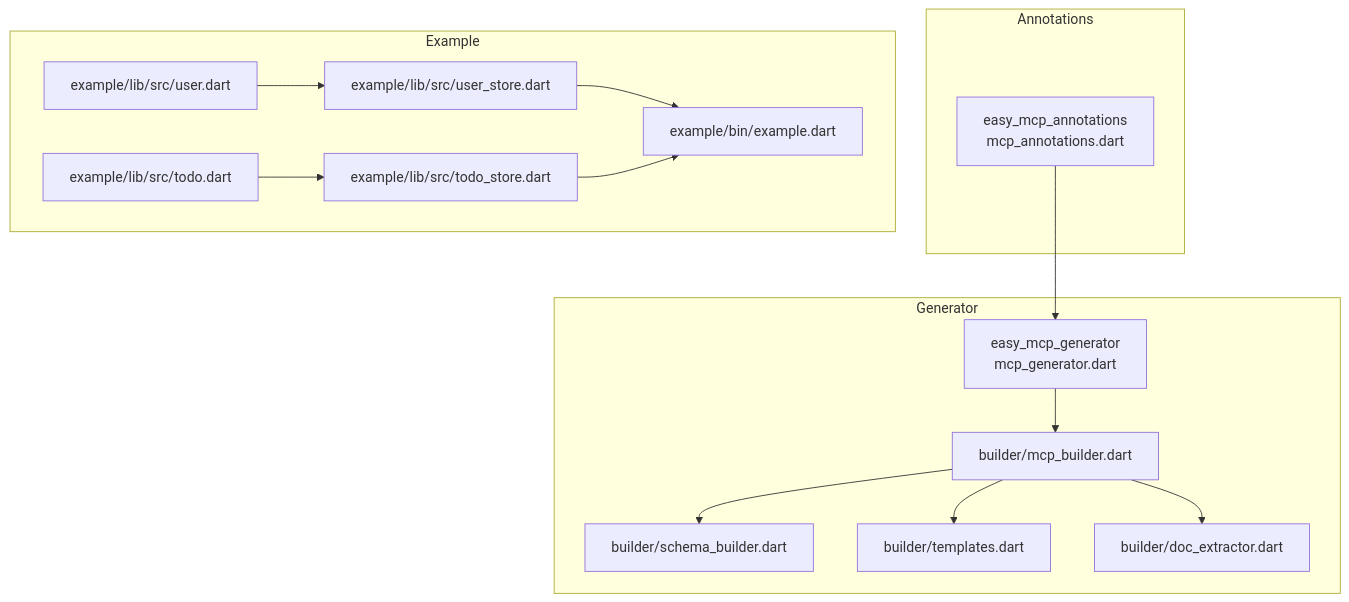
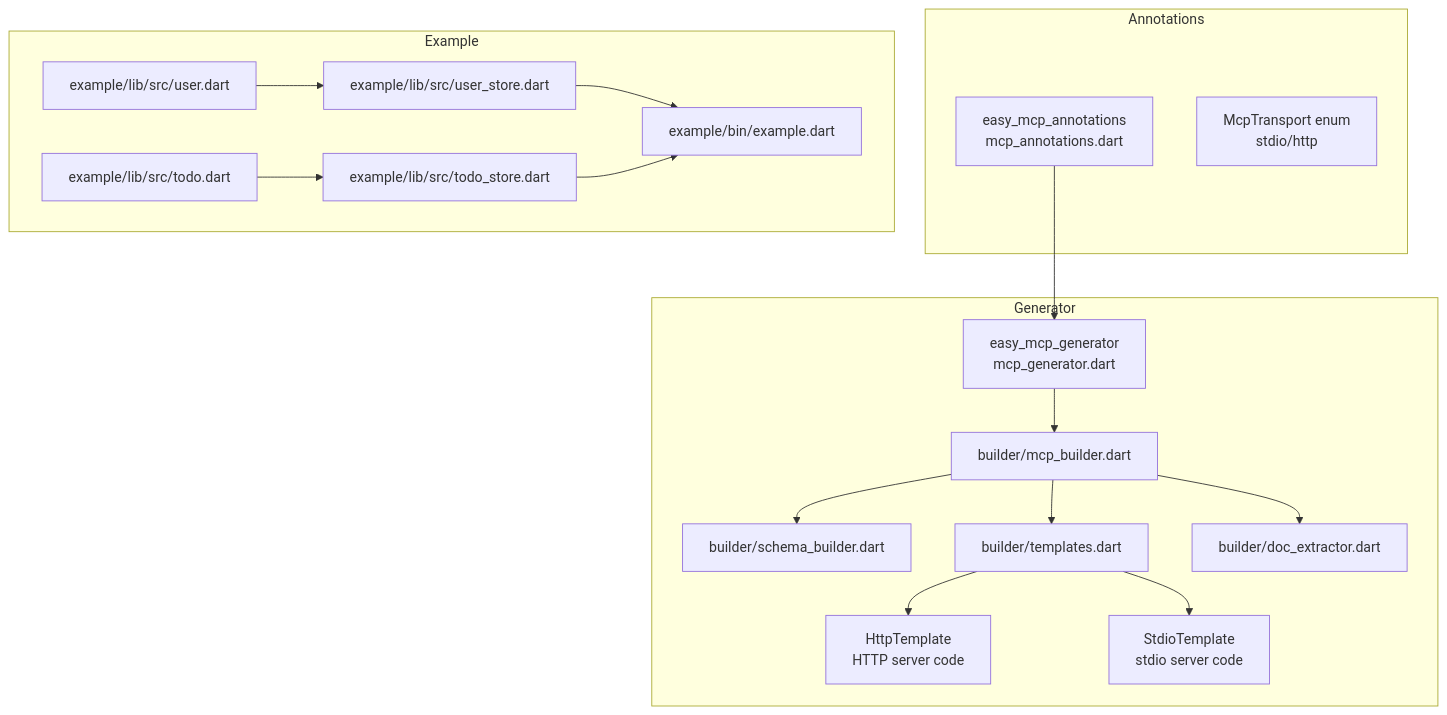
One commit to cdavis-code/easy_mcp_workspace changed the first of 4 diagrams in .qoder/repowiki/en/content/Type System Integration/Type System Integration.md. Above: the diagram before and after it, drawn with Mermaid. The commit also changed other lines of this file and 14 other files, not shown here.

````diff
--- a/.qoder/repowiki/en/content/Type System Integration/Type System Integration.md
+++ b/.qoder/repowiki/en/content/Type System Integration/Type System Integration.md
@@ -41,29 +48,34 @@
 ```mermaid
 graph TB
 subgraph "Annotations"
 A["easy_mcp_annotations<br/>mcp_annotations.dart"]
+E["McpTransport enum<br/>stdio/http"]
 end
 subgraph "Generator"
 G["easy_mcp_generator<br/>mcp_generator.dart"]
 B["builder/mcp_builder.dart"]
 S["builder/schema_builder.dart"]
 T["builder/templates.dart"]
 D["builder/doc_extractor.dart"]
+HT["HttpTemplate<br/>HTTP server code"]
+ST["StdioTemplate<br/>stdio server code"]
 end
 subgraph "Example"
 U["example/lib/src/user.dart"]
 TD["example/lib/src/todo.dart"]
 US["example/lib/src/user_store.dart"]
 TS["example/lib/src/todo_store.dart"]
 EX["example/bin/example.dart"]
 end
 A --> G
 G --> B
 B --> S
 B --> T
 B --> D
+T --> HT
+T --> ST
 U --> US
 TD --> TS
 US --> EX
 TS --> EX
 ```
````
